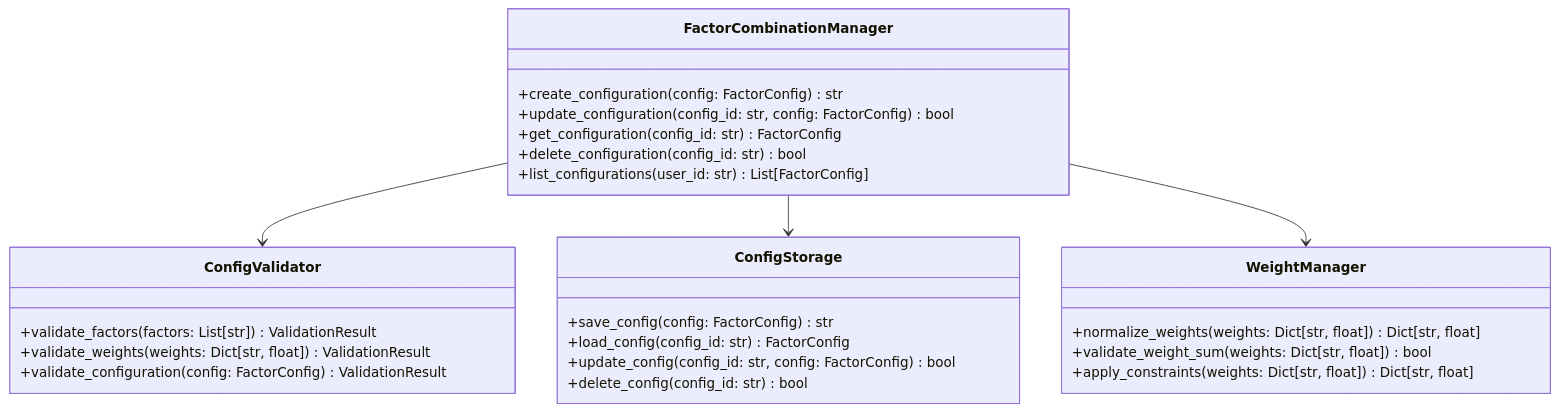
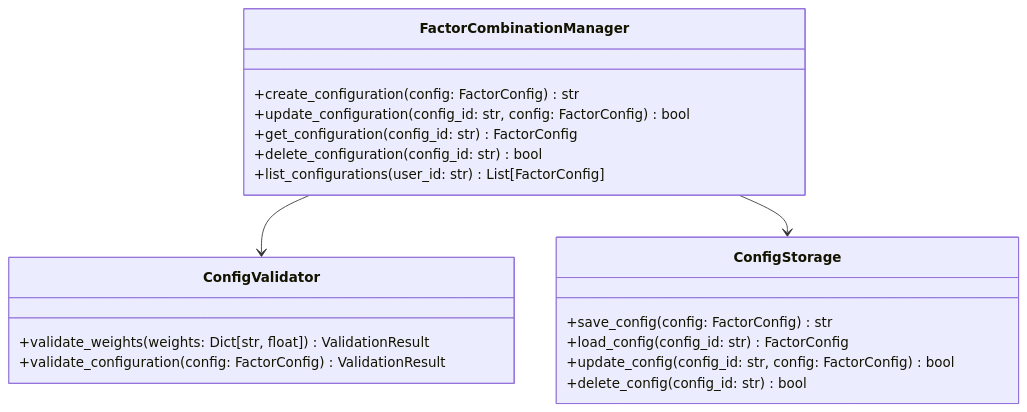
One commit to Casper-Mars/qtrade changed the fifth of 7 diagrams in docs/iteration-3-prediction-model/design_backend.md. Above: the diagram before and after it, drawn with Mermaid. The commit also changed other lines of this file and 1 other file, not shown here.

Commit message:
docs(预测模型): 简化因子组合配置设计和任务描述
移除WeightManager类和相关权重管理功能
简化配置验证器和存储管理器的实现要求
调整任务结构和验收标准

````diff
--- a/docs/iteration-3-prediction-model/design_backend.md
+++ b/docs/iteration-3-prediction-model/design_backend.md
@@ -599,33 +599,25 @@
 ```mermaid
 classDiagram
     class FactorCombinationManager {
         +create_configuration(config: FactorConfig) str
         +update_configuration(config_id: str, config: FactorConfig) bool
         +get_configuration(config_id: str) FactorConfig
         +delete_configuration(config_id: str) bool
         +list_configurations(user_id: str) List[FactorConfig]
     }
     
     class ConfigValidator {
-        +validate_factors(factors: List[str]) ValidationResult
         +validate_weights(weights: Dict[str, float]) ValidationResult
         +validate_configuration(config: FactorConfig) ValidationResult
     }
     
     class ConfigStorage {
         +save_config(config: FactorConfig) str
         +load_config(config_id: str) FactorConfig
         +update_config(config_id: str, config: FactorConfig) bool
         +delete_config(config_id: str) bool
     }
     
-    class WeightManager {
-        +normalize_weights(weights: Dict[str, float]) Dict[str, float]
-        +validate_weight_sum(weights: Dict[str, float]) bool
-        +apply_constraints(weights: Dict[str, float]) Dict[str, float]
-    }
-    
     FactorCombinationManager --> ConfigValidator
     FactorCombinationManager --> ConfigStorage
-    FactorCombinationManager --> WeightManager
 ```
````
